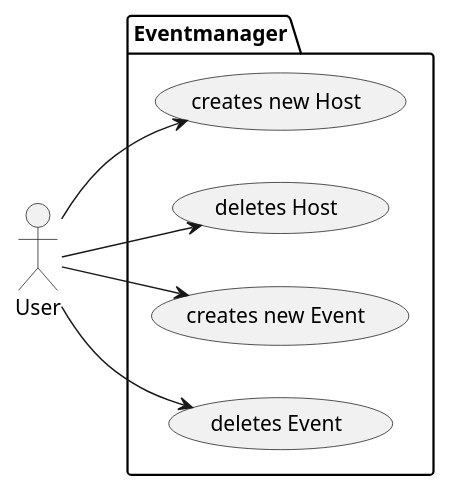
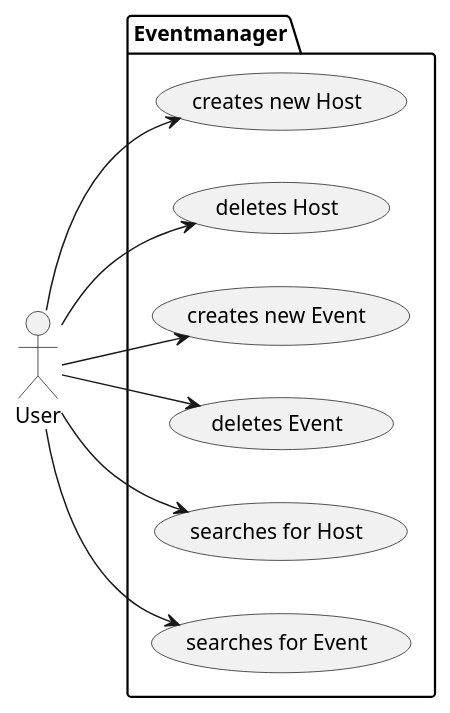
One commit to 2122-5ahitm-sew/01-microproject-sknogler changed the diagram in asciidoc/plantuml/ucd.puml. Above: the diagram before and after it, drawn with PlantUML. The commit also changed 11 other files, not shown here.

```diff
--- a/asciidoc/plantuml/ucd.puml
+++ b/asciidoc/plantuml/ucd.puml
@@ -1,17 +1,22 @@
 @startuml
 left to right direction
 actor User as g
 
 package Eventmanager {
   usecase "creates new Host" as UC1
   usecase "deletes Host" as UC2
   usecase "creates new Event" as UC3
   usecase "deletes Event" as UC4
+  usecase "searches for Host" as UC5
+  usecase "searches for Event" as UC6
 }
 g --> UC1
 g --> UC2
 
 g --> UC3
 g --> UC4
 
+g --> UC5
+g --> UC6
+
 @enduml
```
